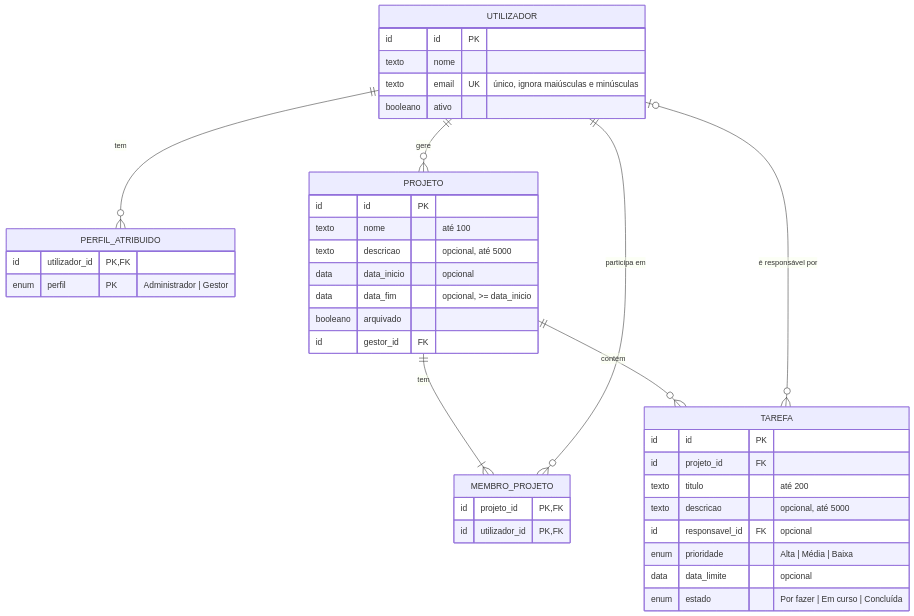
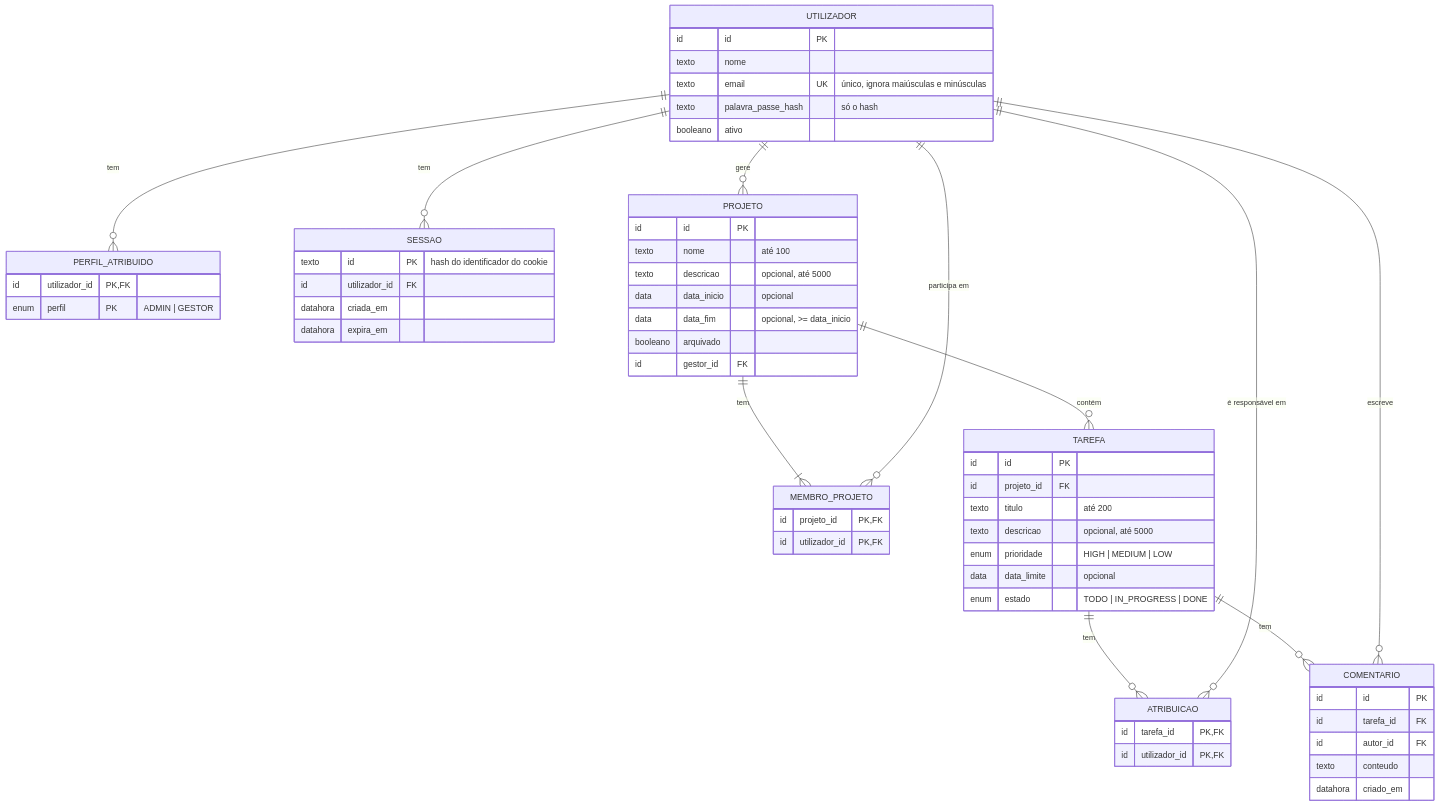
The diagram in docs/database.md (ines-giesteira/matriz), drawn with Mermaid before and after one commit. The commit also changed other lines of this file and 9 other files, not shown here.

````diff
--- a/docs/database.md
+++ b/docs/database.md
@@ -78,43 +112,64 @@
 ```mermaid
 erDiagram
     UTILIZADOR ||--o{ PERFIL_ATRIBUIDO : "tem"
+    UTILIZADOR ||--o{ SESSAO : "tem"
     UTILIZADOR ||--o{ PROJETO : "gere"
     PROJETO ||--|{ MEMBRO_PROJETO : "tem"
     UTILIZADOR ||--o{ MEMBRO_PROJETO : "participa em"
     PROJETO ||--o{ TAREFA : "contém"
-    UTILIZADOR |o--o{ TAREFA : "é responsável por"
+    TAREFA ||--o{ ATRIBUICAO : "tem"
+    UTILIZADOR ||--o{ ATRIBUICAO : "é responsável em"
+    TAREFA ||--o{ COMENTARIO : "tem"
+    UTILIZADOR ||--o{ COMENTARIO : "escreve"
 
     UTILIZADOR {
         id id PK
         texto nome
         texto email UK "único, ignora maiúsculas e minúsculas"
+        texto palavra_passe_hash "só o hash"
         booleano ativo
     }
     PERFIL_ATRIBUIDO {
         id utilizador_id PK, FK
-        enum perfil PK "Administrador | Gestor"
+        enum perfil PK "ADMIN | GESTOR"
+    }
+    SESSAO {
+        texto id PK "hash do identificador do cookie"
+        id utilizador_id FK
+        datahora criada_em
+        datahora expira_em
     }
     PROJETO {
         id id PK
         texto nome "até 100"
         texto descricao "opcional, até 5000"
         data data_inicio "opcional"
         data data_fim "opcional, >= data_inicio"
         booleano arquivado
         id gestor_id FK
     }
     MEMBRO_PROJETO {
         id projeto_id PK, FK
         id utilizador_id PK, FK
     }
     TAREFA {
         id id PK
         id projeto_id FK
         texto titulo "até 200"
         texto descricao "opcional, até 5000"
-        id responsavel_id FK "opcional"
-        enum prioridade "Alta | Média | Baixa"
+        enum prioridade "HIGH | MEDIUM | LOW"
         data data_limite "opcional"
-        enum estado "Por fazer | Em curso | Concluída"
+        enum estado "TODO | IN_PROGRESS | DONE"
+    }
+    ATRIBUICAO {
+        id tarefa_id PK, FK
+        id utilizador_id PK, FK
+    }
+    COMENTARIO {
+        id id PK
+        id tarefa_id FK
+        id autor_id FK
+        texto conteudo
+        datahora criado_em
     }
 ```
````
